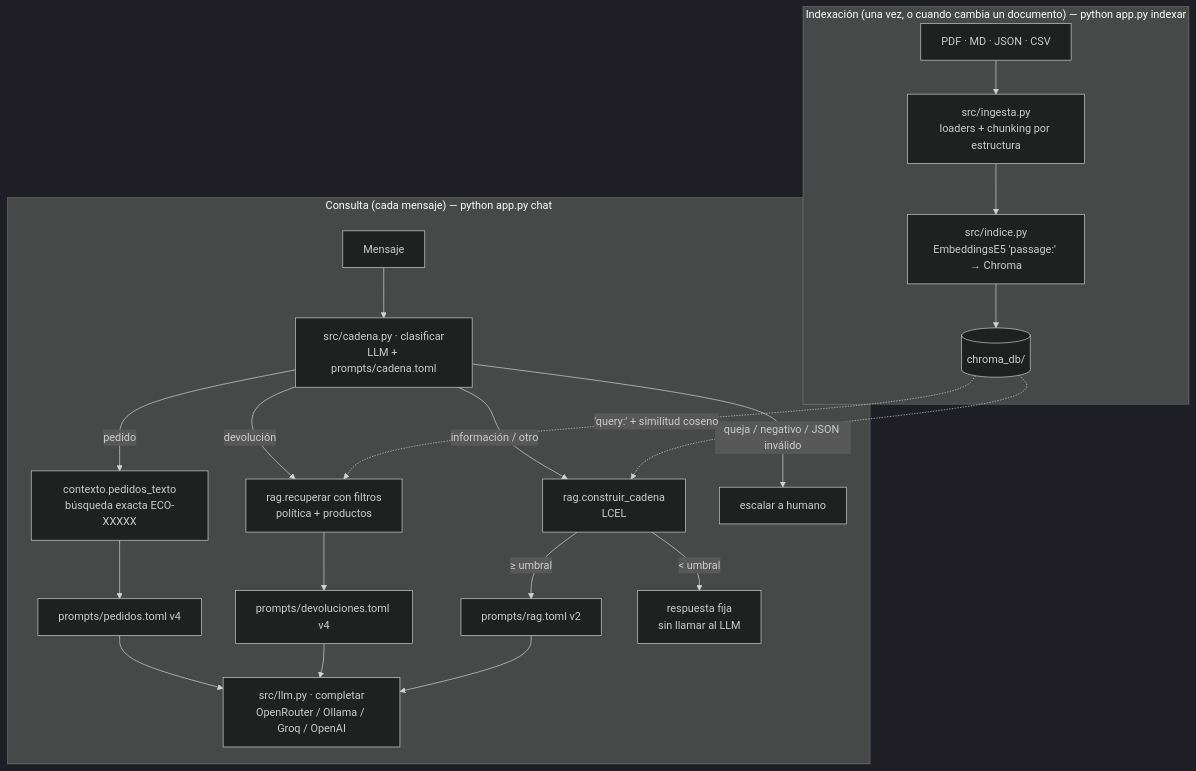
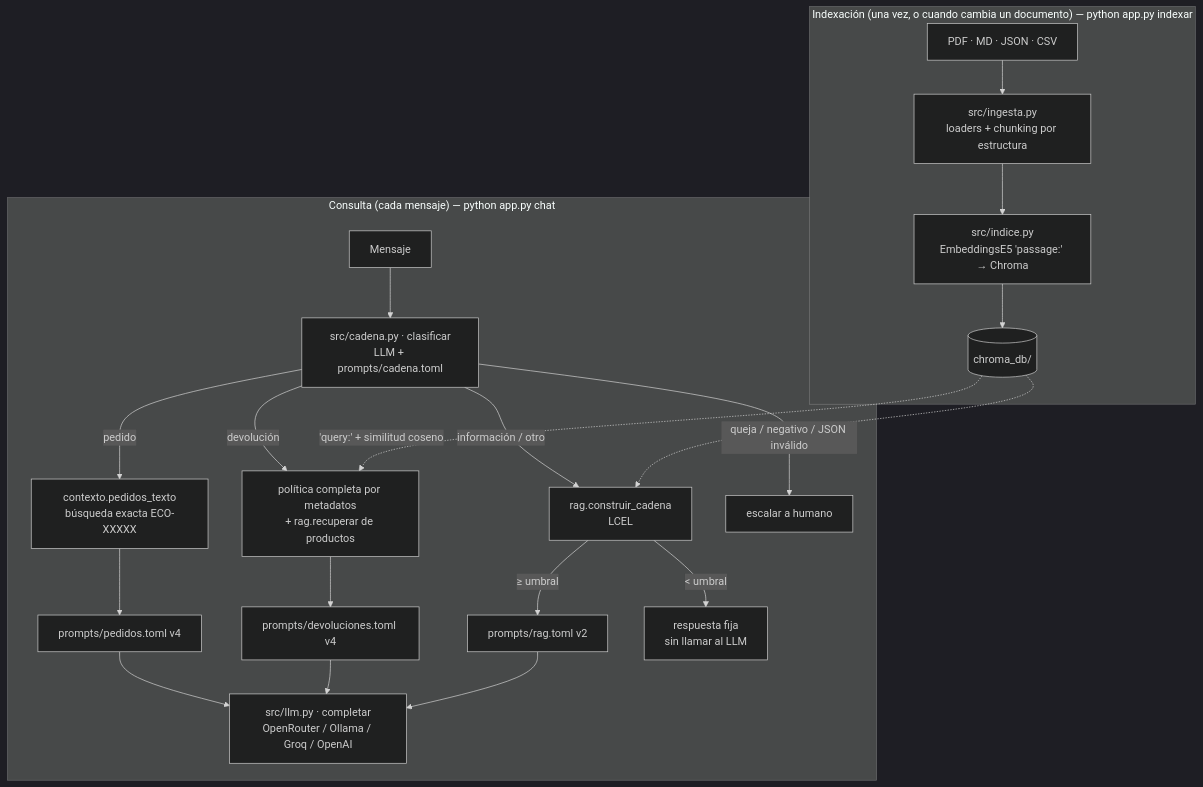
The diagram in docs/fase3_integracion.md (peteralbeiro09-hub/Taller-practico-2), drawn with Mermaid (dark theme) before and after one commit. The commit also changed other lines of this file and 14 other files, not shown here.

````diff
--- a/docs/fase3_integracion.md
+++ b/docs/fase3_integracion.md
@@ -7,22 +7,22 @@
 ```mermaid
 flowchart TB
     subgraph Indexación["Indexación (una vez, o cuando cambia un documento) — python app.py indexar"]
         D[PDF · MD · JSON · CSV] --> ING[src/ingesta.py<br/>loaders + chunking por estructura]
         ING --> IDX[src/indice.py<br/>EmbeddingsE5 'passage:' → Chroma]
         IDX --> DB[(chroma_db/)]
     end
     subgraph Consulta["Consulta (cada mensaje) — python app.py chat"]
         M[Mensaje] --> CL[src/cadena.py · clasificar<br/>LLM + prompts/cadena.toml]
         CL -->|pedido| PE[contexto.pedidos_texto<br/>búsqueda exacta ECO-XXXXX]
-        CL -->|devolución| DV[rag.recuperar con filtros<br/>política + productos]
+        CL -->|devolución| DV[política completa por metadatos<br/>+ rag.recuperar de productos]
         CL -->|información / otro| RG[rag.construir_cadena<br/>LCEL]
         CL -->|queja / negativo / JSON inválido| HU[escalar a humano]
         DB -.->|'query:' + similitud coseno| DV
         DB -.-> RG
         PE --> P4[prompts/pedidos.toml v4]
         DV --> D4[prompts/devoluciones.toml v4]
         RG -->|≥ umbral| V2[prompts/rag.toml v2]
         RG -->|< umbral| NO[respuesta fija<br/>sin llamar al LLM]
         P4 & D4 & V2 --> LLM[src/llm.py · completar<br/>OpenRouter / Ollama / Groq / OpenAI]
     end
 ```
````
